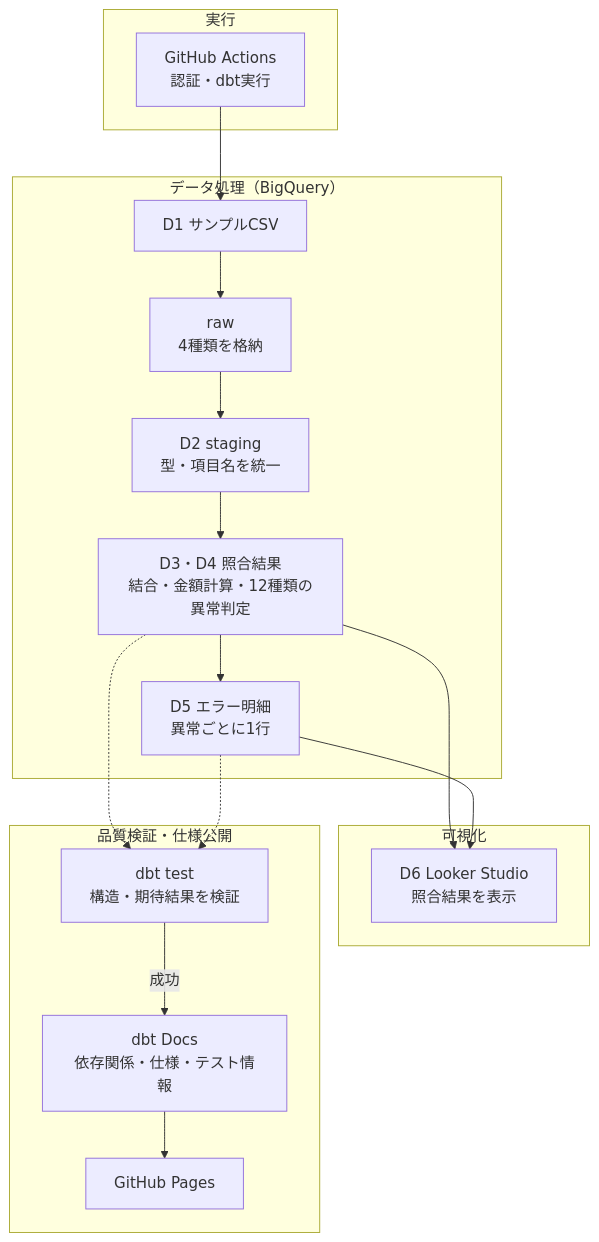
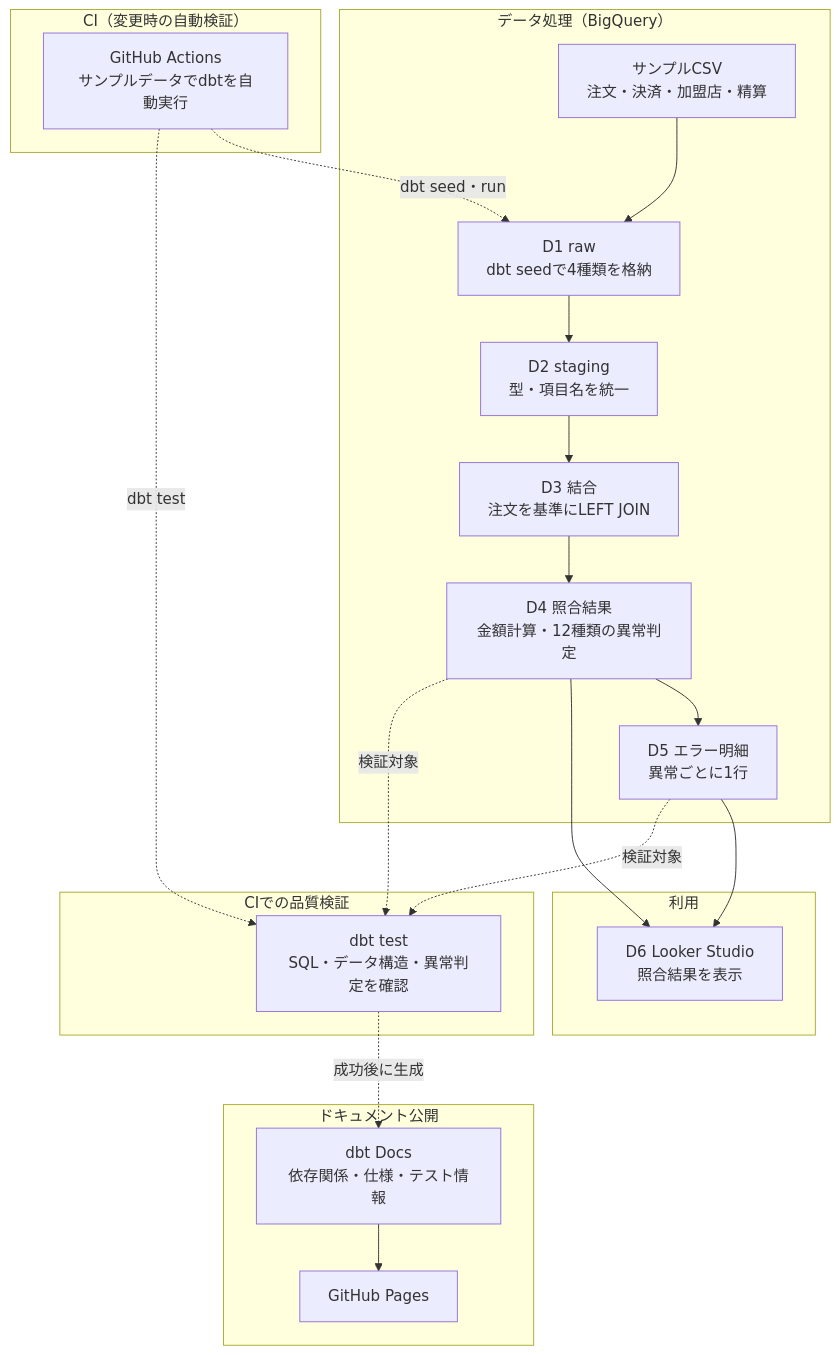
One commit to Naohide-Sugita/payment-reconciliation-data-mart changed the diagram in docs/implementation-design.md. Above: the diagram before and after it, drawn with Mermaid. The commit also changed other lines of this file, not shown here.

````diff
--- a/docs/implementation-design.md
+++ b/docs/implementation-design.md
@@ -13,30 +19,36 @@
 ```mermaid
 flowchart TD
-    subgraph EXEC["実行"]
-        GHA["GitHub Actions<br/>認証・dbt実行"]
+    subgraph EXEC["CI（変更時の自動検証）"]
+        GHA["GitHub Actions<br/>サンプルデータでdbtを自動実行"]
     end
 
     subgraph DATA["データ処理（BigQuery）"]
-        CSV["D1 サンプルCSV"] --> RAW["raw<br/>4種類を格納"]
+        CSV["サンプルCSV<br/>注文・決済・加盟店・精算"] --> RAW["D1 raw<br/>dbt seedで4種類を格納"]
         RAW --> STG["D2 staging<br/>型・項目名を統一"]
-        STG --> RECON["D3・D4 照合結果<br/>結合・金額計算・12種類の異常判定"]
+        STG --> JOIN["D3 結合<br/>注文を基準にLEFT JOIN"]
+        JOIN --> RECON["D4 照合結果<br/>金額計算・12種類の異常判定"]
         RECON --> ERRORS["D5 エラー明細<br/>異常ごとに1行"]
     end
 
-    subgraph USE["可視化"]
+    subgraph USE["利用"]
         BI["D6 Looker Studio<br/>照合結果を表示"]
     end
 
-    subgraph QA["品質検証・仕様公開"]
-        TEST["dbt test<br/>構造・期待結果を検証"]
+    subgraph QA["CIでの品質検証"]
+        TEST["dbt test<br/>SQL・データ構造・異常判定を確認"]
+    end
+
+    subgraph DOC["ドキュメント公開"]
         DOCS["dbt Docs<br/>依存関係・仕様・テスト情報"]
         PAGES["GitHub Pages"]
-        TEST -->|"成功"| DOCS --> PAGES
+        DOCS --> PAGES
     end
 
-    GHA --> CSV
+    GHA -.->|"dbt seed・run"| RAW
+    GHA -.->|"dbt test"| TEST
     RECON --> BI
     ERRORS --> BI
-    RECON -.-> TEST
-    ERRORS -.-> TEST
+    RECON -.->|"検証対象"| TEST
+    ERRORS -.->|"検証対象"| TEST
+    TEST -.->|"成功後に生成"| DOCS
 ```
````
